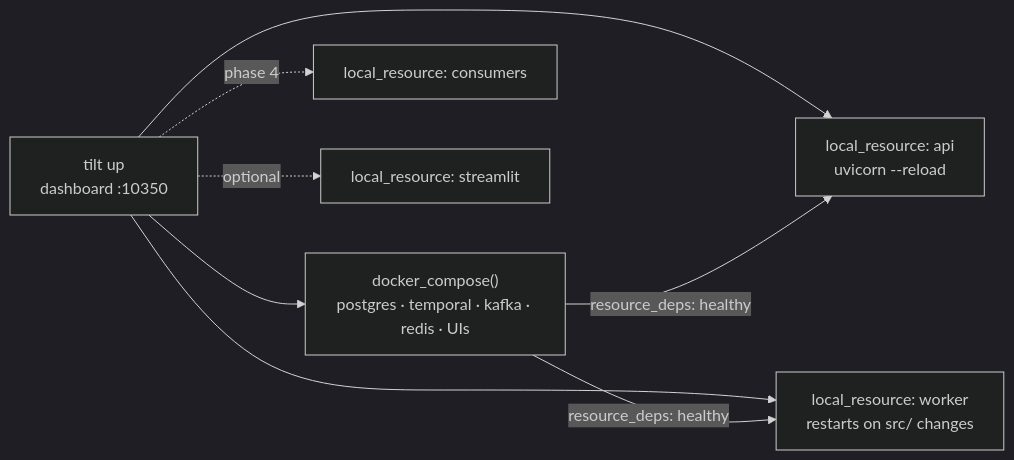
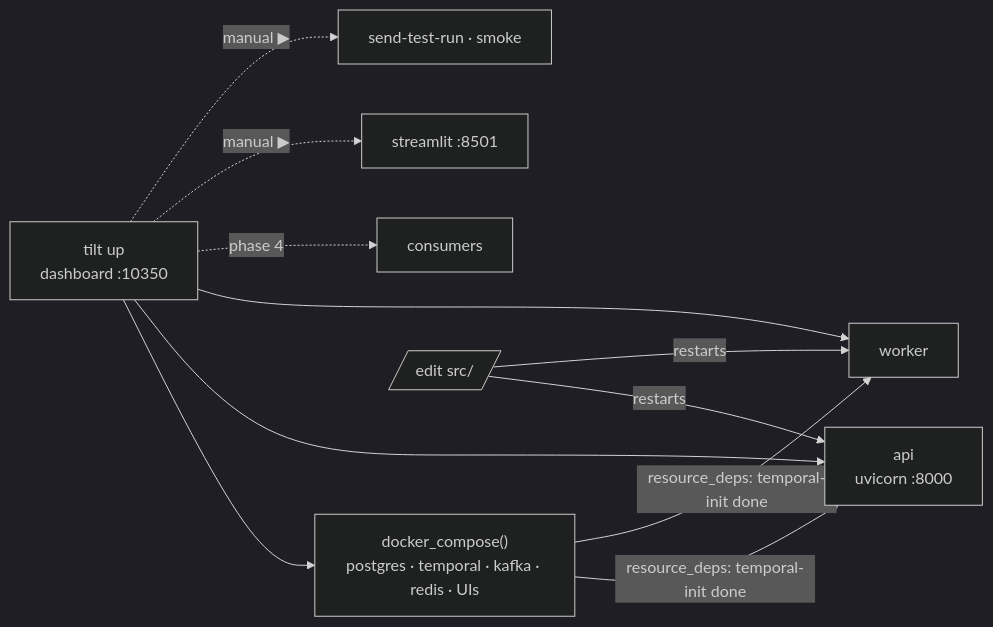
Before and after one commit to Anirudh1905/async-agentic-workflows: the second of 2 diagrams in docs/phases/phase-3-temporal.md, drawn with Mermaid (dark theme). The commit also changed other lines of this file and 23 other files, not shown here.

First line of the commit message:
Add Phase 3: Temporal workflow, agent run API, Tilt dev loop; upgrade Temporal to 1.32

````diff
--- a/docs/phases/phase-3-temporal.md
+++ b/docs/phases/phase-3-temporal.md
@@ -41,9 +83,11 @@
 ```mermaid
 flowchart LR
     TILT["tilt up<br/>dashboard :10350"] --> DC["docker_compose()<br/>postgres · temporal · kafka · redis · UIs"]
-    TILT --> API["local_resource: api<br/>uvicorn --reload"]
-    TILT --> W["local_resource: worker<br/>restarts on src/ changes"]
-    TILT -. phase 4 .-> CONS["local_resource: consumers"]
-    TILT -. optional .-> UI["local_resource: streamlit"]
-    DC -- "resource_deps: healthy" --> API & W
+    TILT --> API["api<br/>uvicorn :8000"]
+    TILT --> W["worker"]
+    TILT -. phase 4 .-> CONS["consumers"]
+    TILT -. "manual ▶" .-> UI["streamlit :8501"]
+    TILT -. "manual ▶" .-> BTN["send-test-run · smoke"]
+    DC -- "resource_deps: temporal-init done" --> API & W
+    SRC[/"edit src/"/] -- restarts --> API & W
 ```
````
